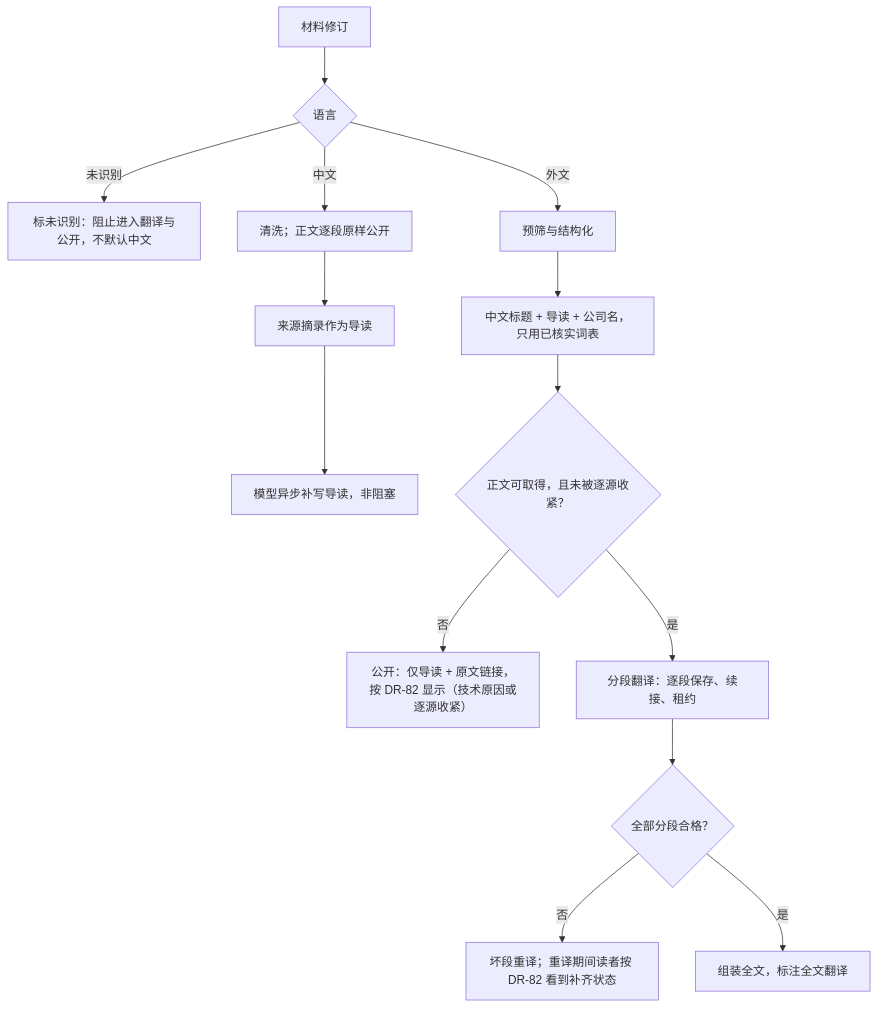
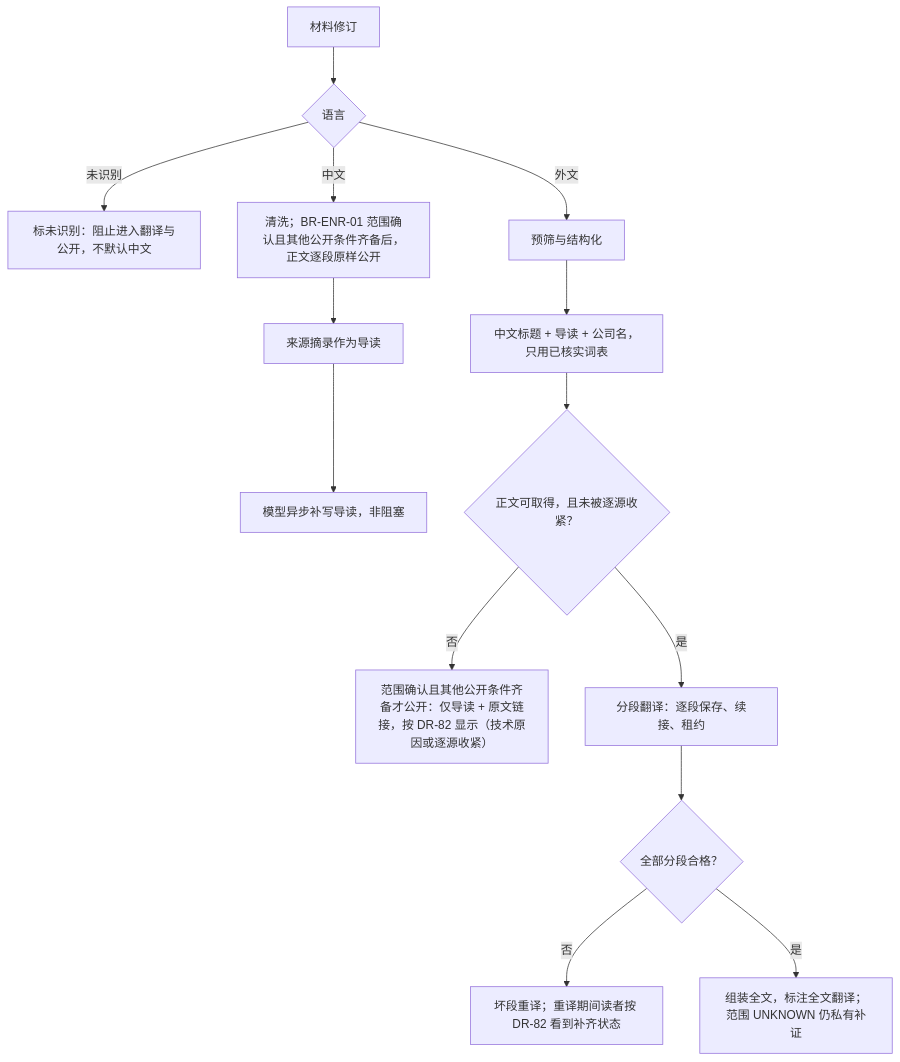
Before and after one commit to Crhis-CP/AI-MINE: the third of 8 diagrams in docs/02-rules/02-core-flows.md, drawn with Mermaid. The commit also changed other lines of this file and 17 other files, not shown here.

````diff
--- a/docs/02-rules/02-core-flows.md
+++ b/docs/02-rules/02-core-flows.md
@@ -137,11 +139,11 @@
 ```mermaid
 flowchart TD
   I["材料修订"] --> L{"语言"}
   L -->|未识别| U["标未识别：阻止进入翻译与公开，不默认中文"]
-  L -->|中文| N1["清洗；正文逐段原样公开"] --> N2["来源摘录作为导读"] --> N3["模型异步补写导读，非阻塞"]
+  L -->|中文| N1["清洗；BR-ENR-01 范围确认且其他公开条件齐备后，正文逐段原样公开"] --> N2["来源摘录作为导读"] --> N3["模型异步补写导读，非阻塞"]
   L -->|外文| F1["预筛与结构化"] --> F2["中文标题 + 导读 + 公司名，只用已核实词表"] --> F3{"正文可取得，且未被逐源收紧？"}
-  F3 -->|否| F4["公开：仅导读 + 原文链接，按 DR-82 显示（技术原因或逐源收紧）"]
+  F3 -->|否| F4["范围确认且其他公开条件齐备才公开：仅导读 + 原文链接，按 DR-82 显示（技术原因或逐源收紧）"]
   F3 -->|是| F5["分段翻译：逐段保存、续接、租约"] --> F6{"全部分段合格？"}
   F6 -->|否| F7["坏段重译；重译期间读者按 DR-82 看到补齐状态"]
-  F6 -->|是| F8["组装全文，标注全文翻译"]
+  F6 -->|是| F8["组装全文，标注全文翻译；范围 UNKNOWN 仍私有补证"]
 ```
````
